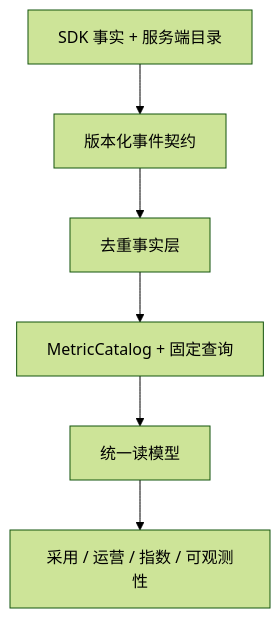
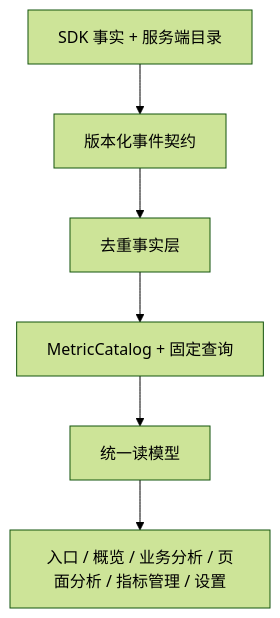
The first of 2 diagrams in docs/planning/mvp-plan-v1.4.md (captainamari/frontend-insight), drawn with Mermaid (forest theme) before and after one commit. The commit also changed other lines of this file, not shown here.

````diff
--- a/docs/planning/mvp-plan-v1.4.md
+++ b/docs/planning/mvp-plan-v1.4.md
@@ -88,8 +88,8 @@
 ```mermaid
 flowchart TD
     S["SDK 事实 + 服务端目录"] --> C["版本化事件契约"]
     C --> F["去重事实层"]
     F --> M["MetricCatalog + 固定查询"]
     M --> R["统一读模型"]
-    R --> U["采用 / 运营 / 指数 / 可观测性"]
+    R --> U["入口 / 概览 / 业务分析 / 页面分析 / 指标管理 / 设置"]
 ```
````
